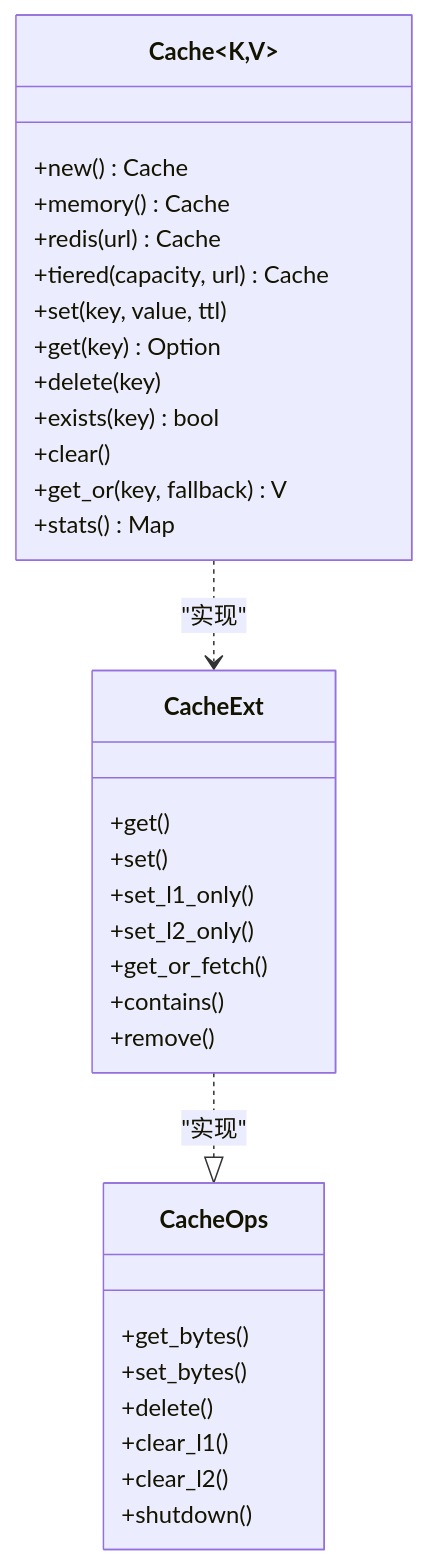
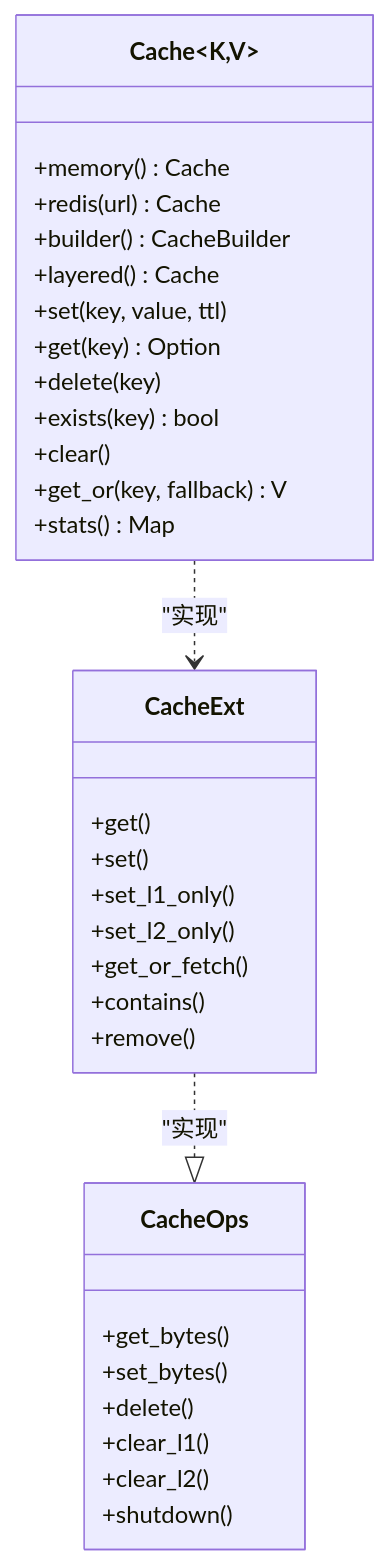
The fifth of 6 diagrams in docs/repowiki/en/content/Quick Start.md (Kirky-X/oxcache), drawn with Mermaid before and after one commit. The commit also changed other lines of this file and 31 other files, not shown here.

````diff
--- a/docs/repowiki/en/content/Quick Start.md
+++ b/docs/repowiki/en/content/Quick Start.md
@@ -272,35 +272,35 @@
 ```mermaid
 classDiagram
 class Cache~K,V~ {
-+new() Cache
 +memory() Cache
 +redis(url) Cache
-+tiered(capacity, url) Cache
++builder() CacheBuilder
++layered() Cache
 +set(key, value, ttl)
 +get(key) Option<V>
 +delete(key)
 +exists(key) bool
 +clear()
 +get_or(key, fallback) V
 +stats() Map
 }
 class CacheExt {
 +get<T>()
 +set<T>()
 +set_l1_only<T>()
 +set_l2_only<T>()
 +get_or_fetch()
 +contains()
 +remove()
 }
 class CacheOps {
 +get_bytes()
 +set_bytes()
 +delete()
 +clear_l1()
 +clear_l2()
 +shutdown()
 }
 Cache ..> CacheExt : "实现"
 CacheExt ..|> CacheOps : "实现"
 ```
````
